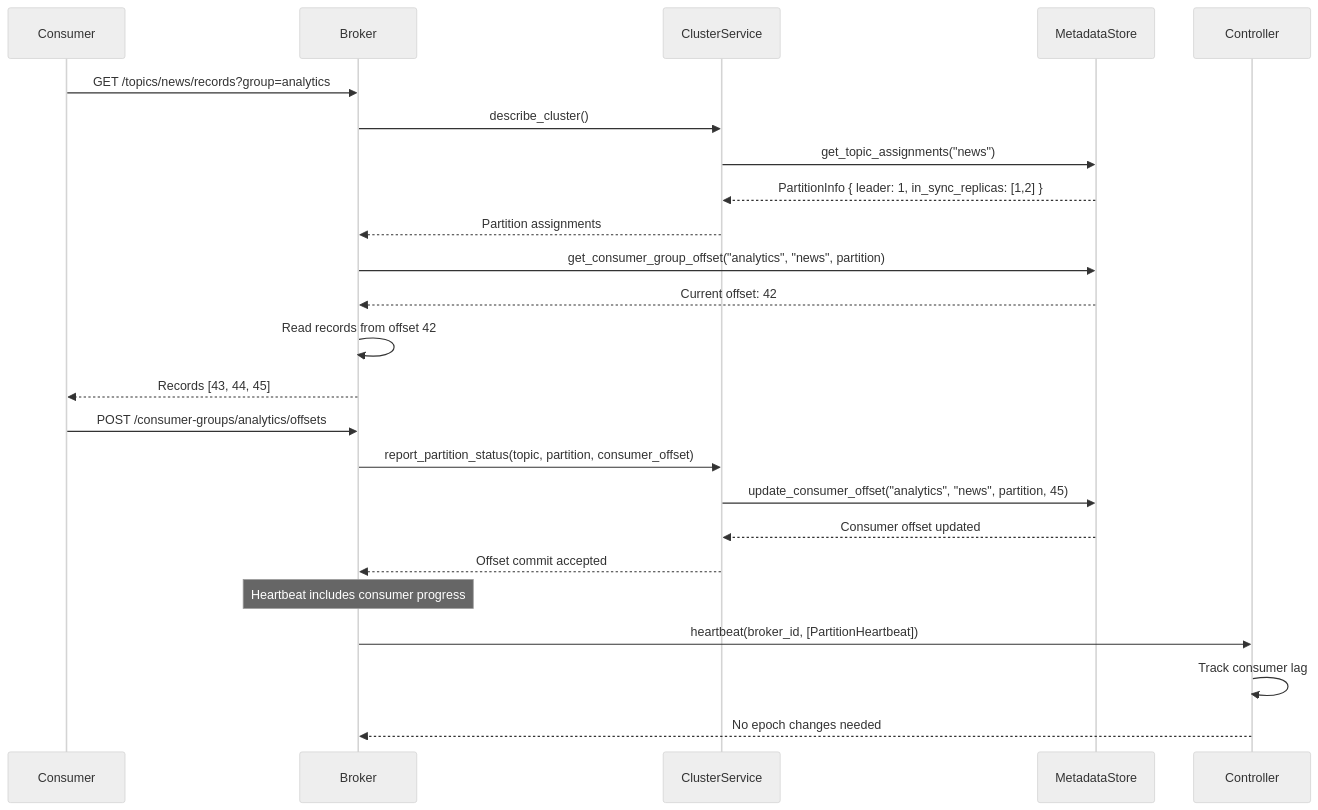
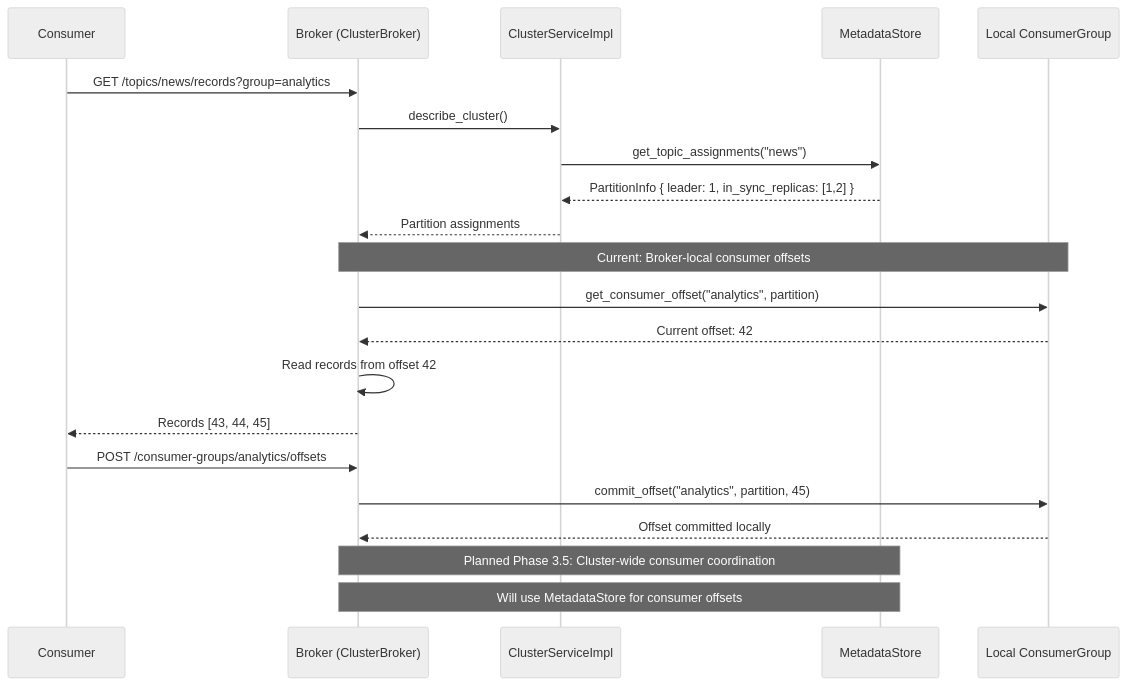
The third of 4 diagrams in crates/flashq-cluster/README.md (harshitmahapatra/flashq), drawn with Mermaid (neutral theme) before and after one commit. The commit also changed other lines of this file, not shown here.

Commit message:
Updated flashq-cluster readme based on the current state of cluster coordination.

````diff
--- a/crates/flashq-cluster/README.md
+++ b/crates/flashq-cluster/README.md
@@ -103,31 +114,28 @@
 ```mermaid
 sequenceDiagram
     participant Consumer as Consumer
-    participant Broker as Broker
-    participant CS as ClusterService
+    participant Broker as Broker (ClusterBroker)
+    participant CSI as ClusterServiceImpl
     participant MS as MetadataStore
-    participant Controller as Controller
+    participant LocalCG as Local ConsumerGroup
 
     Consumer->>Broker: GET /topics/news/records?group=analytics
-    Broker->>CS: describe_cluster()
-    CS->>MS: get_topic_assignments("news")
-    MS-->>CS: PartitionInfo { leader: 1, in_sync_replicas: [1,2] }
-    CS-->>Broker: Partition assignments
+    Broker->>CSI: describe_cluster()
+    CSI->>MS: get_topic_assignments("news")
+    MS-->>CSI: PartitionInfo { leader: 1, in_sync_replicas: [1,2] }
+    CSI-->>Broker: Partition assignments
 
-    Broker->>MS: get_consumer_group_offset("analytics", "news", partition)
-    MS-->>Broker: Current offset: 42
+    Note over Broker,LocalCG: Current: Broker-local consumer offsets
+    Broker->>LocalCG: get_consumer_offset("analytics", partition)
+    LocalCG-->>Broker: Current offset: 42
 
     Broker->>Broker: Read records from offset 42
     Broker-->>Consumer: Records [43, 44, 45]
 
     Consumer->>Broker: POST /consumer-groups/analytics/offsets
-    Broker->>CS: report_partition_status(topic, partition, consumer_offset)
-    CS->>MS: update_consumer_offset("analytics", "news", partition, 45)
-    MS-->>CS: Consumer offset updated
-    CS-->>Broker: Offset commit accepted
+    Broker->>LocalCG: commit_offset("analytics", partition, 45)
+    LocalCG-->>Broker: Offset committed locally
 
-    Note over Broker: Heartbeat includes consumer progress
-    Broker->>Controller: heartbeat(broker_id, [PartitionHeartbeat])
-    Controller->>Controller: Track consumer lag
-    Controller-->>Broker: No epoch changes needed
+    Note over Broker,MS: Planned Phase 3.5: Cluster-wide consumer coordination
+    Note over Broker,MS: Will use MetadataStore for consumer offsets
 ```
````
